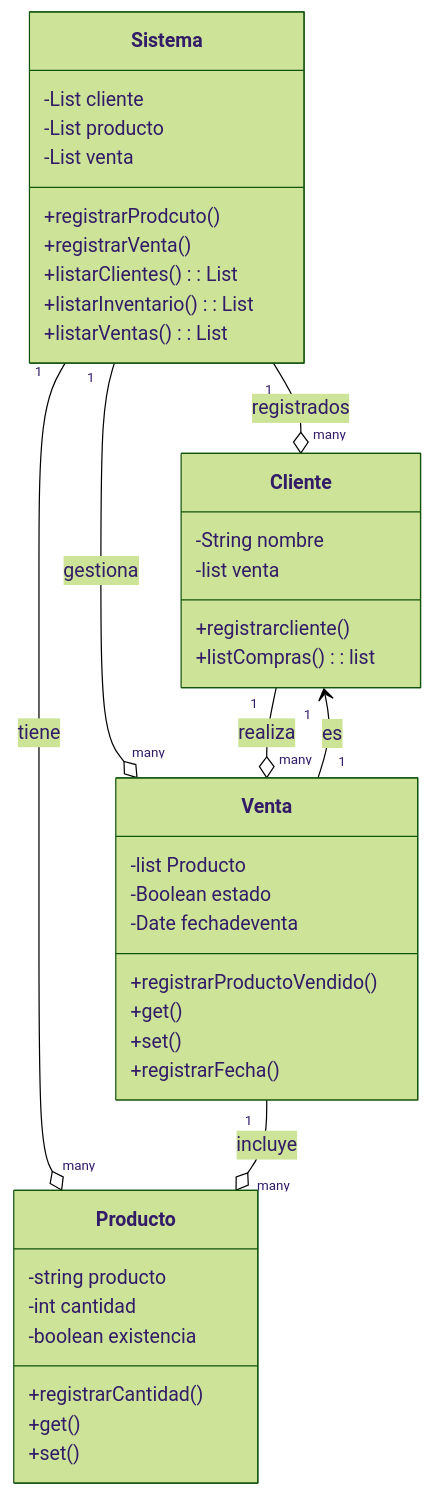
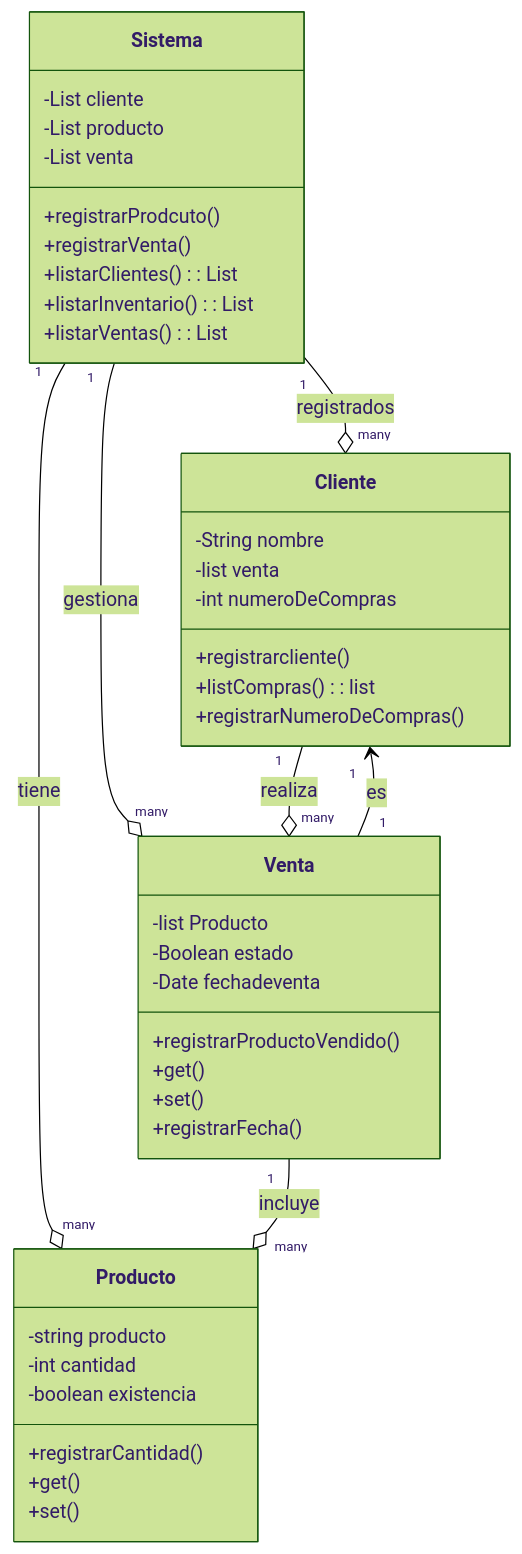
The diagram in README.md (POO20251C/3-ejercicio-de-dise-o-y-codificaci-n-maria-jose-cordoba), drawn with Mermaid (forest theme) before and after one commit.

Commit message:
actualizacionDIAGRAMa.md

````diff
--- a/README.md
+++ b/README.md
@@ -5,49 +5,51 @@
 ```mermaid
 classDiagram
     direction TB
     class Sistema {
         -List cliente
         -List producto
         -List venta
         +registrarProdcuto()
         +registrarVenta()
         +listarClientes(): List<Cliente>
         +listarInventario(): List<Producto>
         +listarVentas(): List<Ventas>
       
     }
 
     class Cliente {
         -String nombre
         -list venta
+        -int numeroDeCompras
         +registrarcliente()
         +listCompras(): list <Venta>
+        +registrarNumeroDeCompras()
     }
 
     class Producto {
         -string producto
         -int cantidad 
         -boolean existencia
         +registrarCantidad()
         +get()
         +set()
     }
 
     class Venta {
         -list Producto
         -Boolean estado
         -Date fechadeventa
         +registrarProductoVendido()
         +get()
         +set()
         +registrarFecha()
     }
 
     
     Sistema "1" --o "many" Cliente: registrados
     Sistema "1" --o "many" Producto: tiene
     Sistema "1" --o "many" Venta: gestiona
     Cliente "1"  --o "many" Venta: realiza
     Venta   "1"  --o "many" Producto: incluye
     Venta   "1" --> "1" Cliente: es
 ```
````
